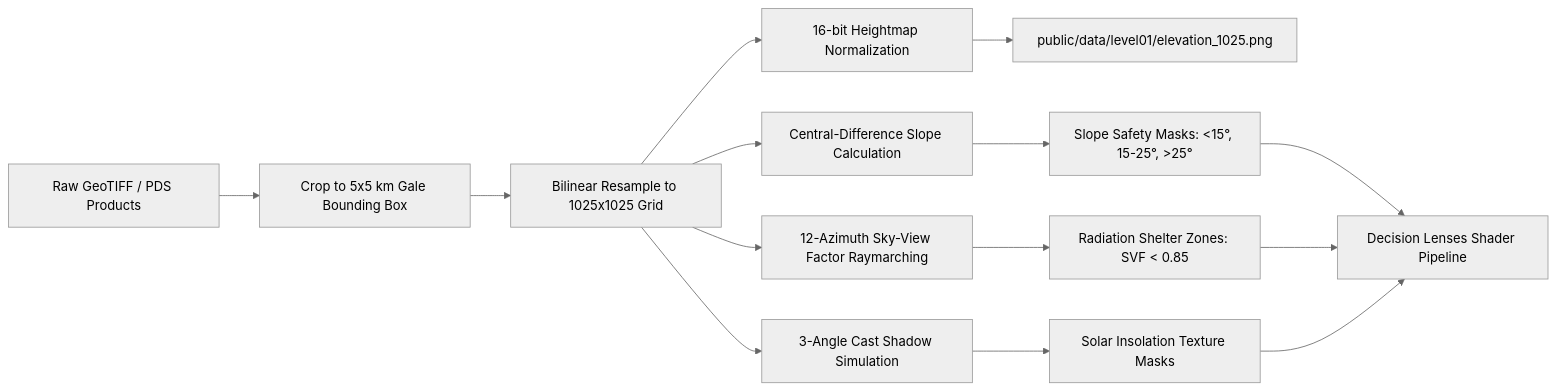
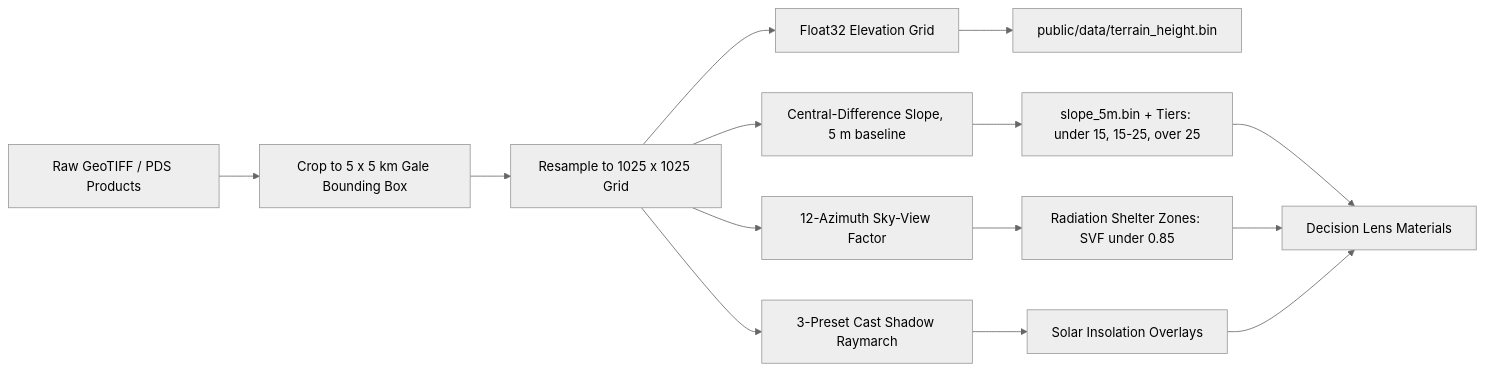
The second of 4 diagrams in README.md (Erebo/red-quest), drawn with Mermaid (neutral theme) before and after one commit. The commit also changed other lines of this file, not shown here.

````diff
--- a/README.md
+++ b/README.md
@@ -317,14 +336,14 @@
 ```mermaid
 flowchart LR
-    A[Raw GeoTIFF / PDS Products] --> B[Crop to 5x5 km Gale Bounding Box]
-    B --> C[Bilinear Resample to 1025x1025 Grid]
-    C --> D1[16-bit Heightmap Normalization]
-    C --> D2[Central-Difference Slope Calculation]
-    C --> D3[12-Azimuth Sky-View Factor Raymarching]
-    C --> D4[3-Angle Cast Shadow Simulation]
-    D1 --> E[public/data/level01/elevation_1025.png]
-    D2 --> F[Slope Safety Masks: <15°, 15-25°, >25°]
-    D3 --> G[Radiation Shelter Zones: SVF < 0.85]
-    D4 --> H[Solar Insolation Texture Masks]
-    F & G & H --> I[Decision Lenses Shader Pipeline]
+    A[Raw GeoTIFF / PDS Products] --> B[Crop to 5 x 5 km Gale Bounding Box]
+    B --> C[Resample to 1025 x 1025 Grid]
+    C --> D1[Float32 Elevation Grid]
+    C --> D2[Central-Difference Slope, 5 m baseline]
+    C --> D3[12-Azimuth Sky-View Factor]
+    C --> D4[3-Preset Cast Shadow Raymarch]
+    D1 --> E[public/data/terrain_height.bin]
+    D2 --> F[slope_5m.bin + Tiers: under 15, 15-25, over 25]
+    D3 --> G[Radiation Shelter Zones: SVF under 0.85]
+    D4 --> H[Solar Insolation Overlays]
+    F & G & H --> I[Decision Lens Materials]
 ```
````
